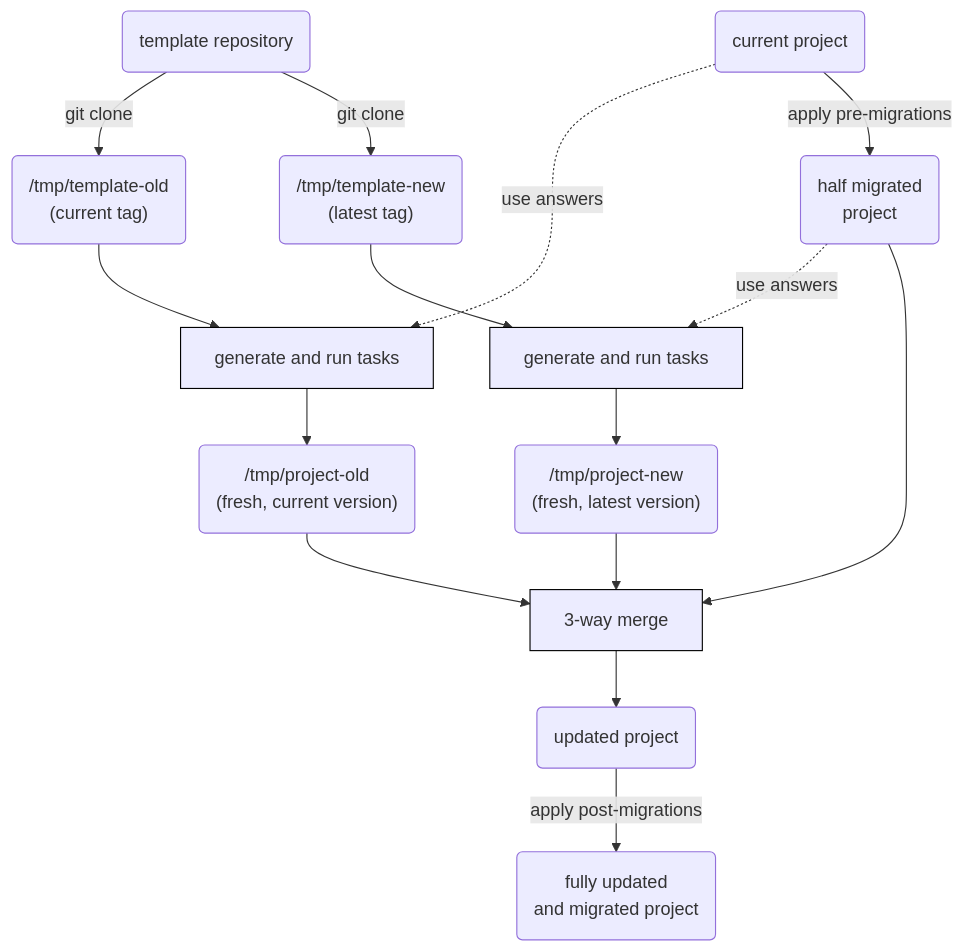
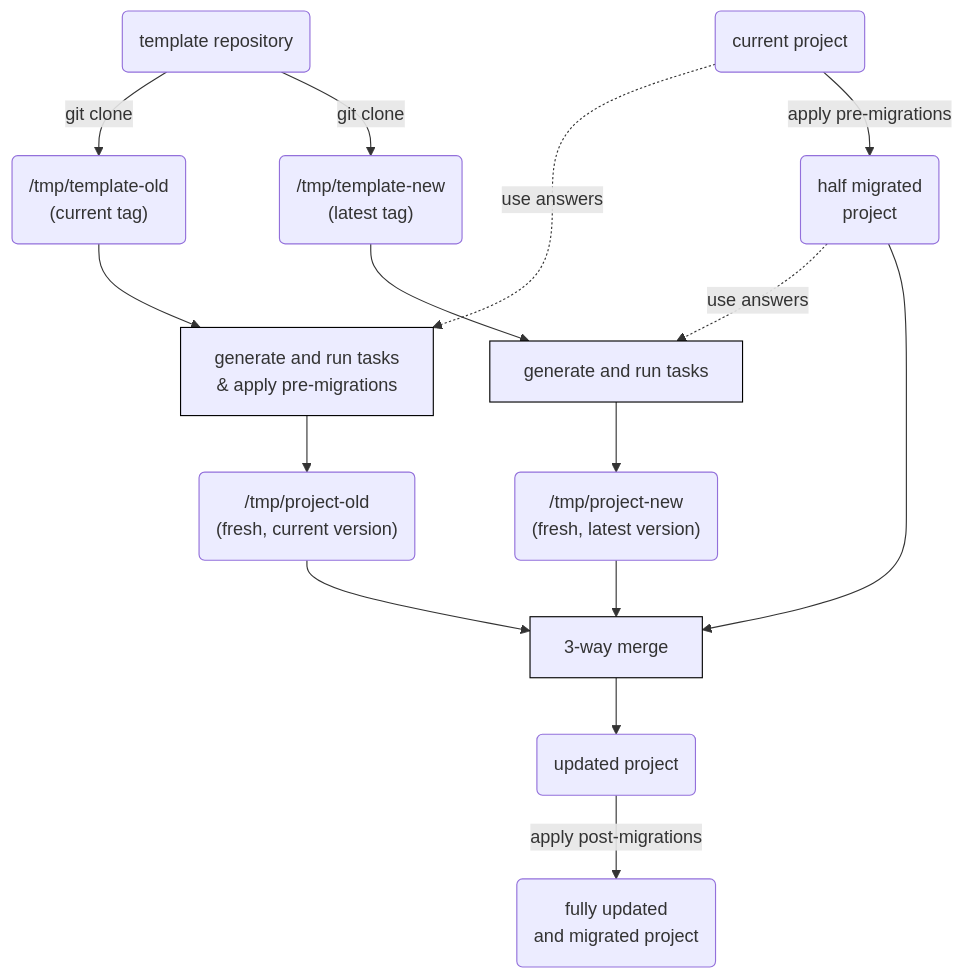
The diagram in docs/updating.md (copier-org/copier), drawn with Mermaid before and after one commit. The commit also changed other lines of this file and 2 other files, not shown here.

First line of the commit message:
feat(updating)!: apply pre-update migrations on fresh project from current template version

````diff
--- a/docs/updating.md
+++ b/docs/updating.md
@@ -120,40 +120,40 @@
 ```mermaid
 graph TD
 
 %% nodes ----------------------------------------------------------
 template_repo("template repository")
 template_current("/tmp/template-old<br>(current tag)")
 template_latest("/tmp/template-new<br>(latest tag)")
 
 project_regen_current("/tmp/project-old<br>(fresh, current version)")
 project_regen_latest("/tmp/project-new<br>(fresh, latest version)")
 project_current("current project")
 project_half("half migrated<br>project")
 project_updated("updated project")
 project_full("fully updated<br>and migrated project")
 
 update["3-way merge"]
-regen_current["generate and run tasks"]
+regen_current["generate and run tasks<br>& apply pre-migrations"]
 regen_latest["generate and run tasks"]
 
 %% edges ----------------------------------------------------------
         template_repo --> |git clone| template_current
         template_repo --> |git clone| template_latest
 
      template_current --> regen_current
       project_current .-> |use answers| regen_current
         regen_current --> project_regen_current
       template_latest --> regen_latest
          regen_latest --> project_regen_latest
       project_current --> |apply pre-migrations| project_half
          project_half .-> |use answers| regen_latest
          project_half --> update
 project_regen_current --> update
  project_regen_latest --> update
                update --> project_updated
       project_updated --> |apply post-migrations| project_full
 
 %% style ----------------------------------------------------------
 classDef blackborder stroke:#000;
 class regen_current,regen_latest,update blackborder;
 ```
````
